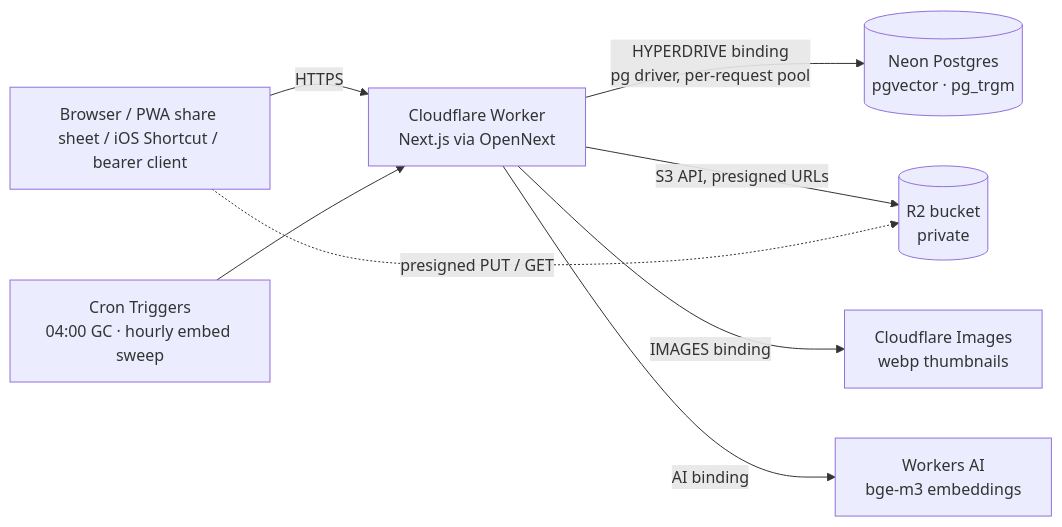
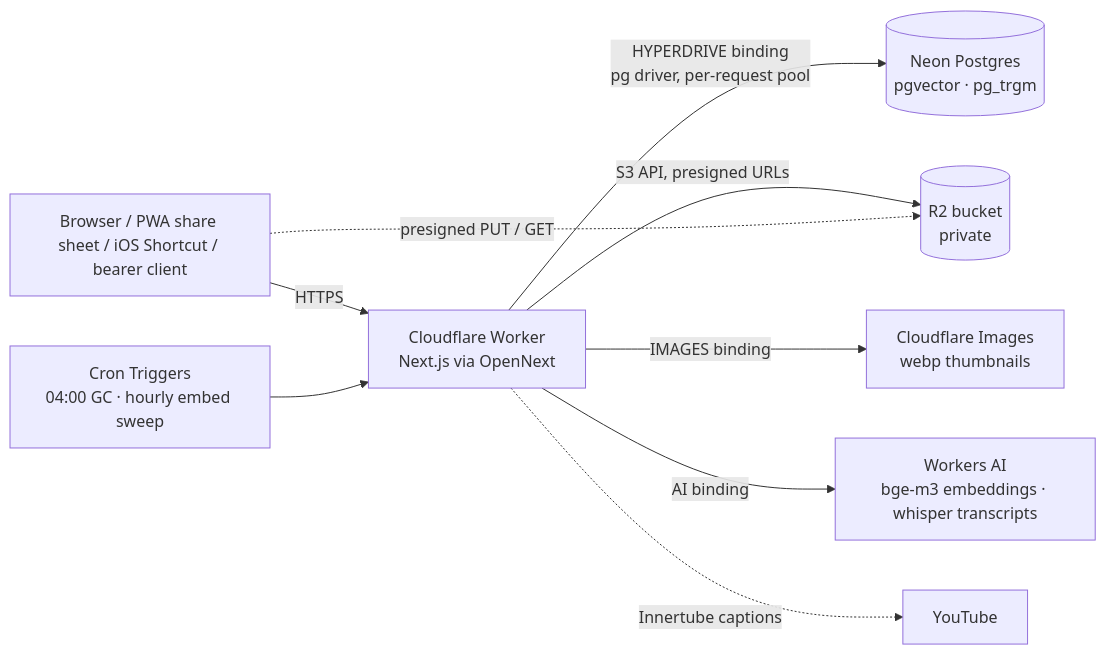
Before and after one commit to J-Krush/Second-Brain: the diagram in docs/architecture.md, drawn with Mermaid. The commit also changed other lines of this file and 38 other files, not shown here.

Commit message:
Transcripts: Workers AI whisper for uploads, YouTube captions, chunked search

````diff
--- a/docs/architecture.md
+++ b/docs/architecture.md
@@ -5,10 +5,11 @@
 ```mermaid
 flowchart LR
   B[Browser / PWA share sheet / iOS Shortcut / bearer client] -->|HTTPS| W[Cloudflare Worker<br/>Next.js via OpenNext]
   W -->|HYPERDRIVE binding<br/>pg driver, per-request pool| N[(Neon Postgres<br/>pgvector · pg_trgm)]
   W -->|S3 API, presigned URLs| R2[(R2 bucket<br/>private)]
   W -->|IMAGES binding| IMG[Cloudflare Images<br/>webp thumbnails]
-  W -->|AI binding| AI[Workers AI<br/>bge-m3 embeddings]
+  W -->|AI binding| AI[Workers AI<br/>bge-m3 embeddings · whisper transcripts]
+  W -.->|Innertube captions| YT[YouTube]
   CRON[Cron Triggers<br/>04:00 GC · hourly embed sweep] --> W
   B -. presigned PUT / GET .-> R2
 ```
````
